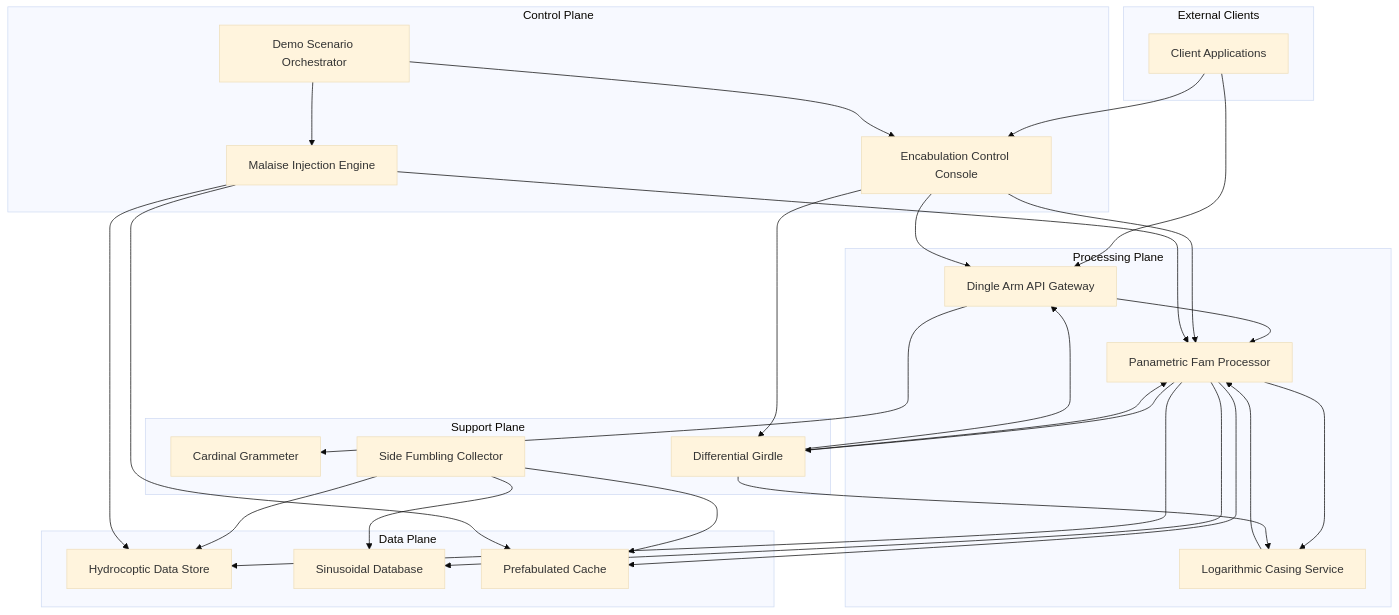
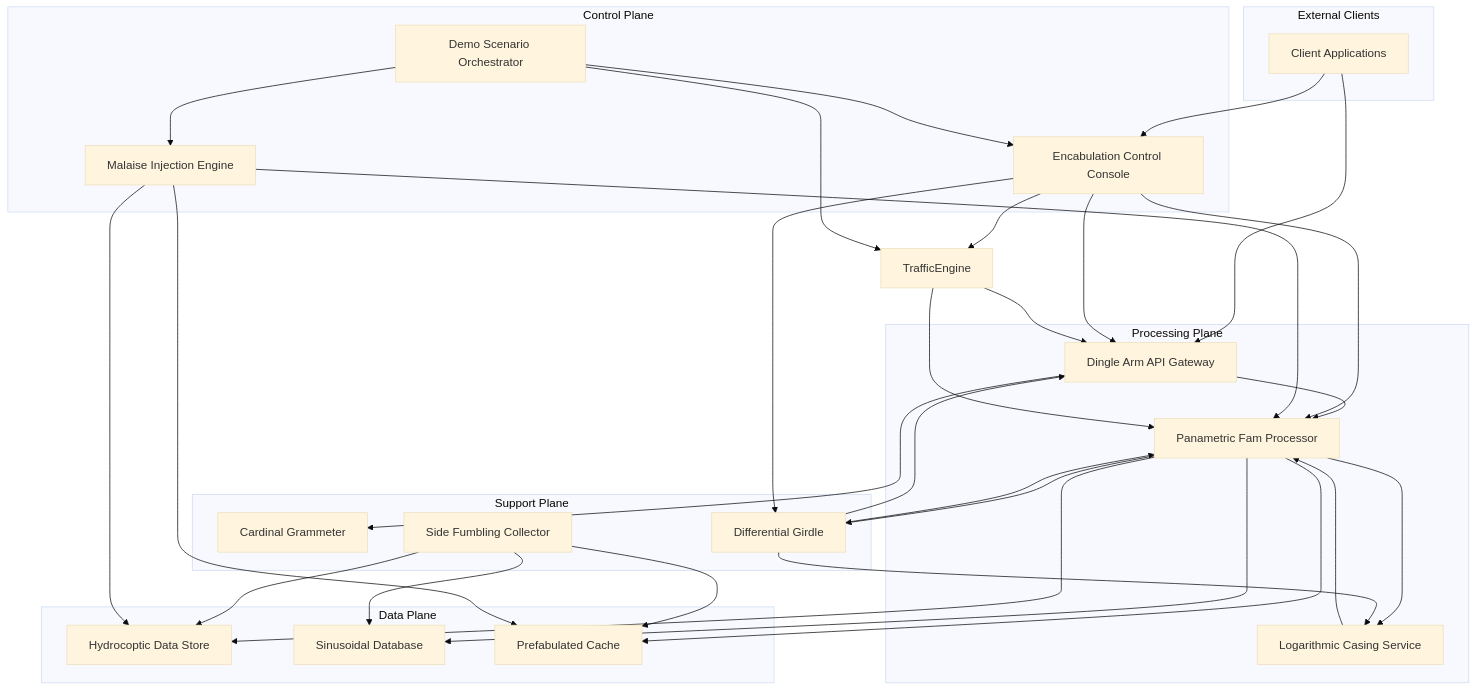
One commit to cloud-native-encabulator/encabulator changed the first of 3 diagrams in .kiro/specs/cloud-native-encabulator-microservices/design.md. Above: the diagram before and after it, drawn with Mermaid (base theme). The commit also changed other lines of this file and 2 other files, not shown here.

Commit message:
define formal traffic engine in specs

````diff
--- a/.kiro/specs/cloud-native-encabulator-microservices/design.md
+++ b/.kiro/specs/cloud-native-encabulator-microservices/design.md
@@ -20,55 +20,59 @@
 ```mermaid
 graph TD
     subgraph "External Clients"
         Client[Client Applications]
     end
 
     subgraph "Processing Plane"
         Gateway[Dingle Arm API Gateway]
         Processor[Panametric Fam Processor]
         MessageBroker[Logarithmic Casing Service]
     end
 
     subgraph "Data Plane"
         PrimaryDB[Hydrocoptic Data Store]
         TimeSeriesDB[Sinusoidal Database]
         Cache[Prefabulated Cache]
     end
 
     subgraph "Support Plane"
         Auth[Cardinal Grammeter]
         Config[Differential Girdle]
         ResourceMgr[Side Fumbling Collector]
     end
 
     subgraph "Control Plane"
         ControlConsole[Encabulation Control Console]
         ChaosEngine[Malaise Injection Engine]
         DemoOrchestrator[Demo Scenario Orchestrator]
     end
 
     Client --> Gateway
     Client --> ControlConsole
     Gateway --> Auth
     Gateway --> Processor
     Processor --> PrimaryDB
     Processor --> TimeSeriesDB
     Processor --> Cache
     Processor --> MessageBroker
     MessageBroker --> Processor
     Processor --> Config
     ResourceMgr --> PrimaryDB
     ResourceMgr --> TimeSeriesDB
     ResourceMgr --> Cache
     Config --> Processor
     Config --> Gateway
     Config --> MessageBroker
     ControlConsole --> Config
     ControlConsole --> Processor
     ControlConsole --> Gateway
+    ControlConsole --> TrafficEngine
     ChaosEngine --> Processor
     ChaosEngine --> PrimaryDB
     ChaosEngine --> Cache
+    TrafficEngine --> Gateway
+    TrafficEngine --> Processor
     DemoOrchestrator --> ControlConsole
     DemoOrchestrator --> ChaosEngine
+    DemoOrchestrator --> TrafficEngine
 ```
````
